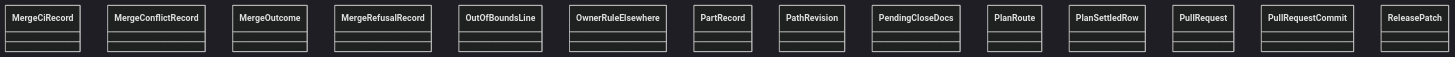
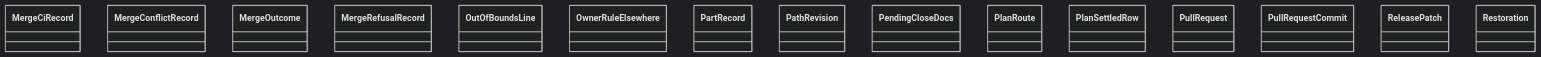
Before and after one commit to GonzaloZevallos/agentic-system: the diagram in docs/architecture/generated/classes-process-domain-state-5.md, drawn with Mermaid (dark theme). The commit also changed 21 other files, not shown here.

````diff
--- a/docs/architecture/generated/classes-process-domain-state-5.md
+++ b/docs/architecture/generated/classes-process-domain-state-5.md
@@ -23,17 +23,18 @@
 ```mermaid
 classDiagram
     class task__MergeCiRecord["MergeCiRecord"]
     class task__MergeConflictRecord["MergeConflictRecord"]
     class task__MergeOutcome["MergeOutcome"]
     class task__MergeRefusalRecord["MergeRefusalRecord"]
     class task__OutOfBoundsLine["OutOfBoundsLine"]
     class task__OwnerRuleElsewhere["OwnerRuleElsewhere"]
     class task__PartRecord["PartRecord"]
     class task__PathRevision["PathRevision"]
     class task__PendingCloseDocs["PendingCloseDocs"]
     class task__PlanRoute["PlanRoute"]
     class task__PlanSettledRow["PlanSettledRow"]
     class task__PullRequest["PullRequest"]
     class task__PullRequestCommit["PullRequestCommit"]
     class task__ReleasePatch["ReleasePatch"]
+    class task__Restoration["Restoration"]
 ```
````
